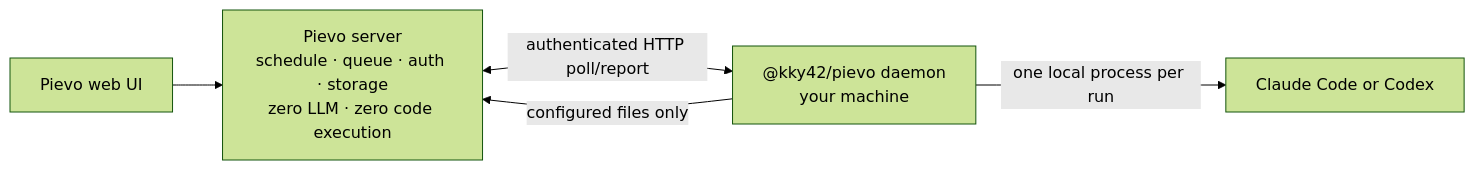
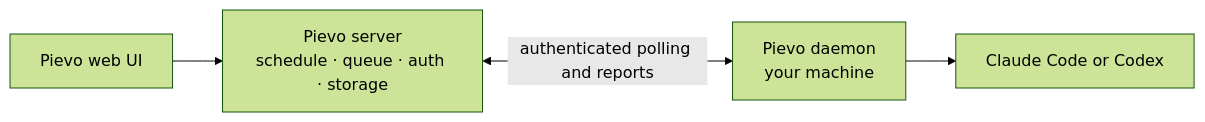
Before and after one commit to kky42/pievo: the diagram in README.md, drawn with Mermaid (forest theme). The commit also changed other lines of this file and 2 other files, not shown here.

````diff
--- a/README.md
+++ b/README.md
@@ -126,7 +107,6 @@
 ```mermaid
 flowchart LR
-  UI["Pievo web UI"] --> Server["Pievo server<br/>schedule · queue · auth · storage<br/>zero LLM · zero code execution"]
-  Server <-->|"authenticated HTTP poll/report"| Daemon["@kky42/pievo daemon<br/>your machine"]
-  Daemon -->|"one local process per run"| Agent["Claude Code or Codex"]
-  Daemon -->|"configured files only"| Server
+  UI["Pievo web UI"] --> Server["Pievo server<br/>schedule · queue · auth · storage"]
+  Server <-->|"authenticated polling and reports"| Daemon["Pievo daemon<br/>your machine"]
+  Daemon --> Agent["Claude Code or Codex"]
 ```
````
